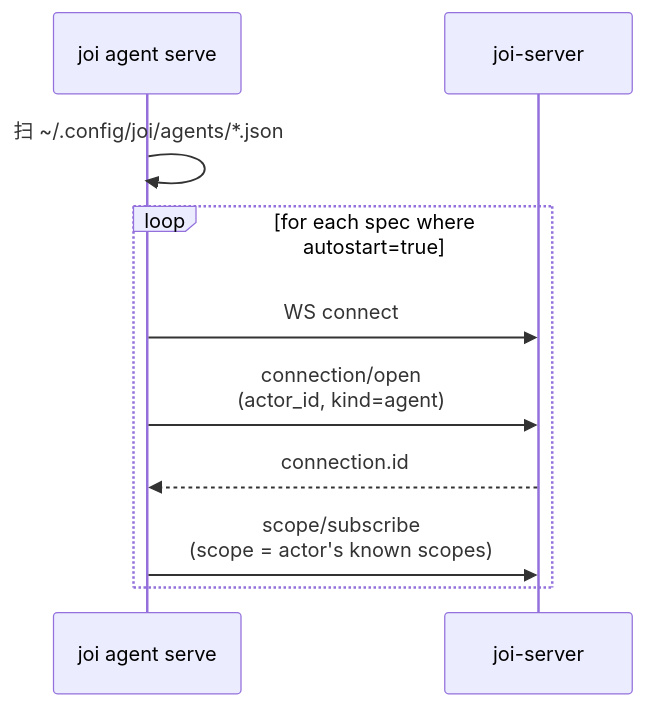
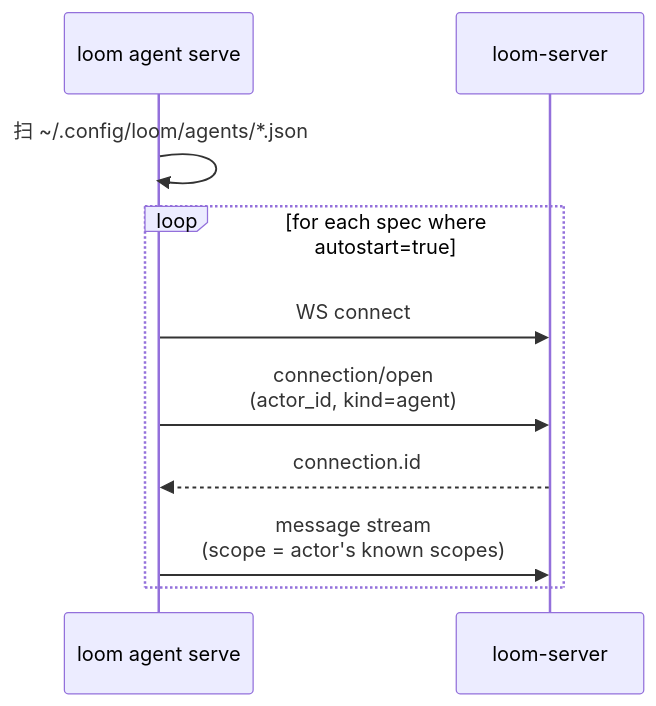
The fifth of 6 diagrams in docs/architecture-v1-agent-client.md (wyw-ai/loom), drawn with Mermaid before and after one commit. The commit also changed other lines of this file and 175 other files, not shown here.

````diff
--- a/docs/architecture-v1-agent-client.md
+++ b/docs/architecture-v1-agent-client.md
@@ -385,13 +385,13 @@
 ```mermaid
 sequenceDiagram
-    participant Client as joi agent serve
-    participant Server as joi-server
+    participant Client as loom agent serve
+    participant Server as loom-server
 
-    Client->>Client: 扫 ~/.config/joi/agents/*.json
+    Client->>Client: 扫 ~/.config/loom/agents/*.json
     loop for each spec where autostart=true
         Client->>Server: WS connect
         Client->>Server: connection/open<br/>(actor_id, kind=agent)
         Server-->>Client: connection.id
-        Client->>Server: scope/subscribe<br/>(scope = actor's known scopes)
+        Client->>Server: message stream<br/>(scope = actor's known scopes)
     end
 ```
````
